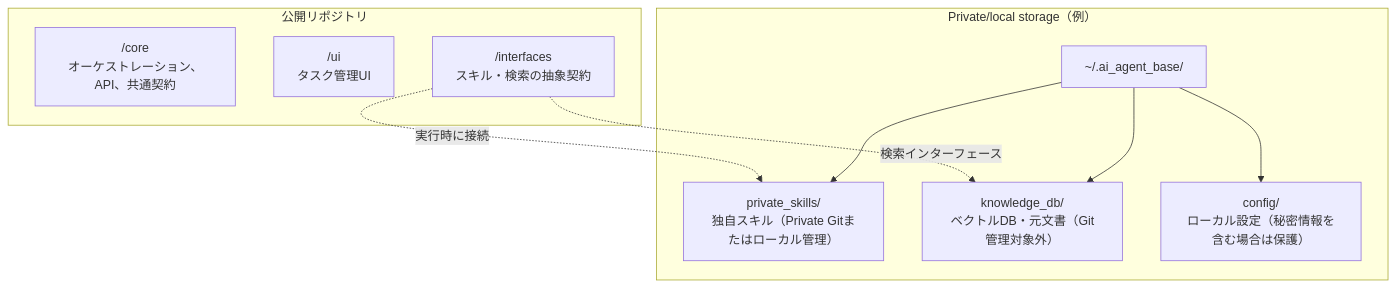
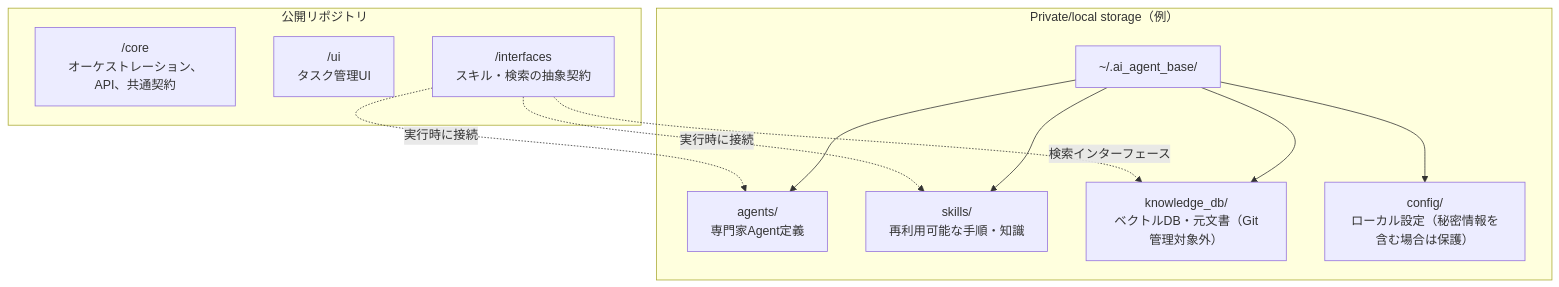
One commit to ryoma-jp/agent-orchestrator-core changed the fifth of 5 diagrams in dev-jp/01_design.md. Above: the diagram before and after it, drawn with Mermaid. The commit also changed other lines of this file and 25 other files, not shown here.

````diff
--- a/dev-jp/01_design.md
+++ b/dev-jp/01_design.md
@@ -586,21 +607,24 @@
 ```mermaid
 flowchart TB
     subgraph Public["公開リポジトリ"]
         Core["/core<br/>オーケストレーション、API、共通契約"]
         UI["/ui<br/>タスク管理UI"]
         Interfaces["/interfaces<br/>スキル・検索の抽象契約"]
     end
 
     subgraph Private["Private/local storage（例）"]
         Root["~/.ai_agent_base/"]
-        Skills["private_skills/<br/>独自スキル（Private Gitまたはローカル管理）"]
+        PluginAgents["agents/<br/>専門家Agent定義"]
+        Skills["skills/<br/>再利用可能な手順・知識"]
         Knowledge["knowledge_db/<br/>ベクトルDB・元文書（Git管理対象外）"]
         Config["config/<br/>ローカル設定（秘密情報を含む場合は保護）"]
+        Root --> PluginAgents
         Root --> Skills
         Root --> Knowledge
         Root --> Config
     end
 
+    Interfaces -. "実行時に接続" .-> PluginAgents
     Interfaces -. "実行時に接続" .-> Skills
     Interfaces -. "検索インターフェース" .-> Knowledge
 ```
````
